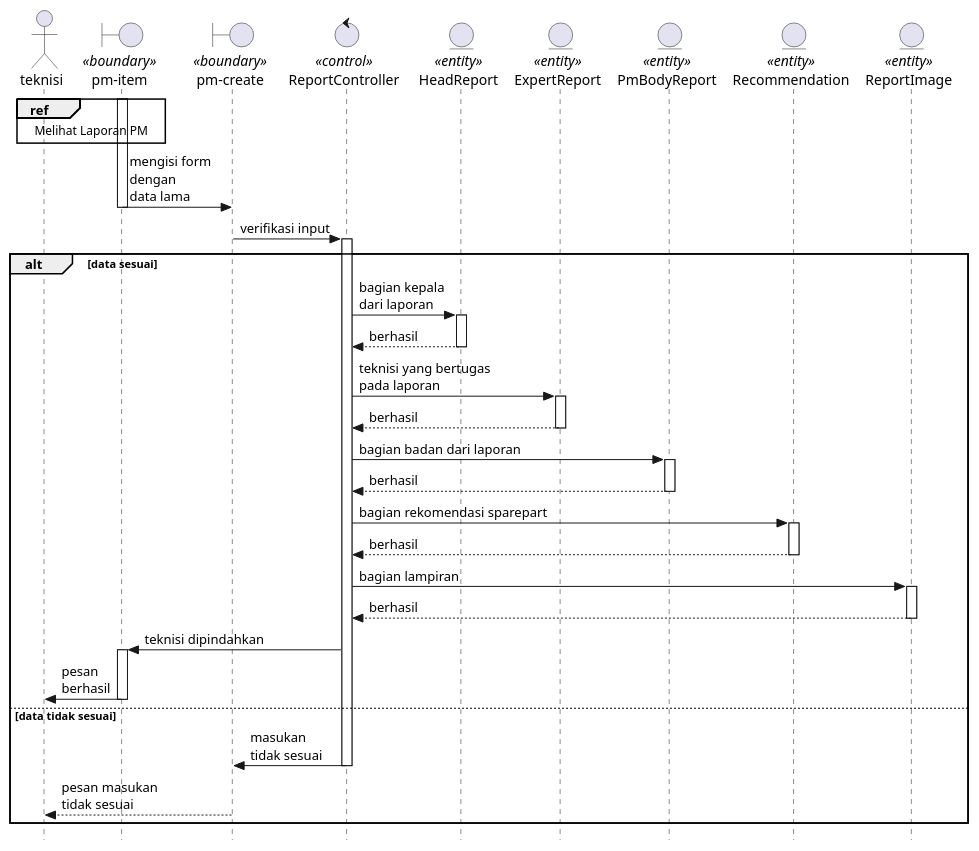
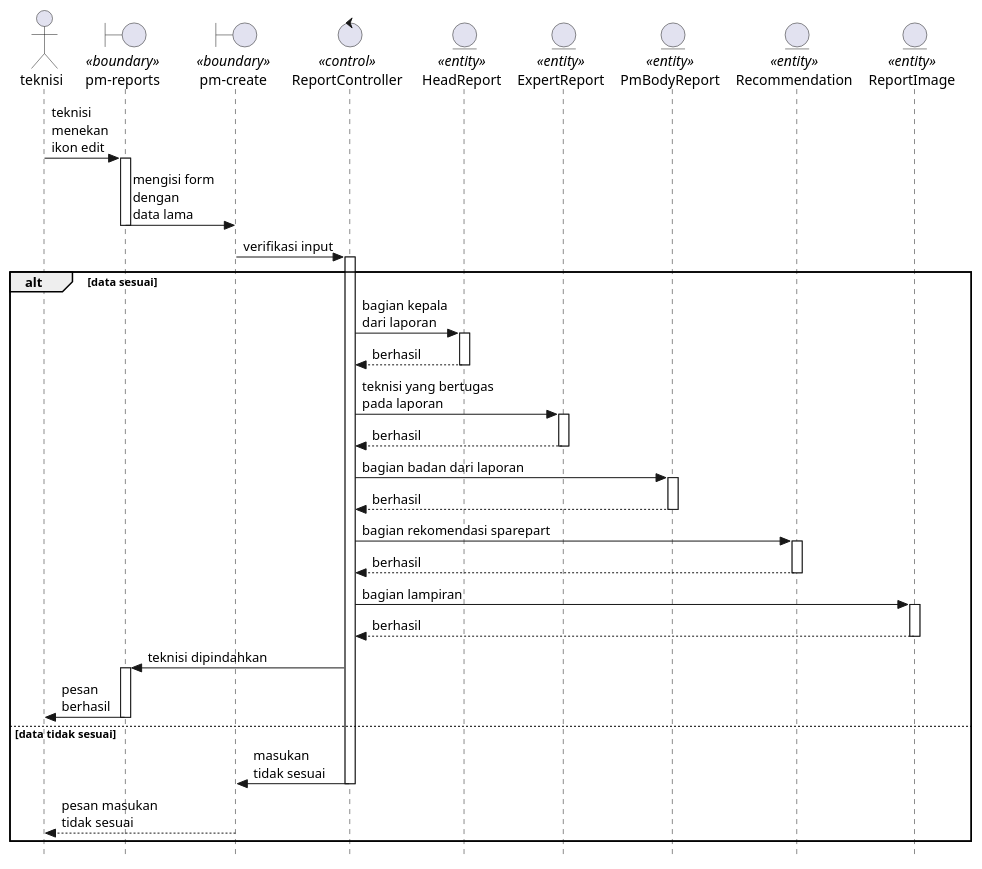
Before and after one commit to KPL-slur/eec-sifse-fixed: the third of 4 diagrams in Docs/diagrams/sequence/PmReport.plantuml, drawn with PlantUML. The commit also changed other lines of this file and 19 other files, not shown here.

```diff
--- a/Docs/diagrams/sequence/PmReport.plantuml
+++ b/Docs/diagrams/sequence/PmReport.plantuml
@@ -79,51 +77,50 @@
 @startuml editPM
 
 skinparam style strictuml
 
 actor teknisi
-boundary "pm-item" as pmItem <<boundary>>
+boundary "pm-reports" as pm <<boundary>>
 boundary "pm-create" as pmCreate <<boundary>>
 control ReportController <<control>>
 entity HeadReport <<entity>>
 entity ExpertReport <<entity>>
 entity PmBodyReport <<entity>>
 entity Recommendation <<entity>>
 entity ReportImage <<entity>>
 
-ref over teknisi, pmItem : Melihat Laporan PM
-
-activate pmItem
-pmItem -> pmCreate : mengisi form\ndengan\ndata lama
-    deactivate pmItem
+teknisi -> pm : teknisi\nmenekan\nikon edit
+    activate pm
+pm -> pmCreate : mengisi form\ndengan\ndata lama
+    deactivate pm
 pmCreate -> ReportController : verifikasi input
     activate ReportController
 
 alt data sesuai
     ReportController -> HeadReport : bagian kepala\ndari laporan
         activate HeadReport
         return berhasil
     ReportController -> ExpertReport : teknisi yang bertugas\npada laporan
         activate ExpertReport
         return berhasil
     ReportController -> PmBodyReport : bagian badan dari laporan
         activate PmBodyReport
         return berhasil
     ReportController -> Recommendation : bagian rekomendasi sparepart
         activate Recommendation
         return berhasil
     ReportController -> ReportImage : bagian lampiran
         activate ReportImage
         return berhasil
-    ReportController -> pmItem : teknisi dipindahkan
-        activate pmItem
-    pmItem -> teknisi : pesan\nberhasil
-        deactivate pmItem
+    ReportController -> pm : teknisi dipindahkan
+        activate pm
+    pm -> teknisi : pesan\nberhasil
+        deactivate pm
     
 else data tidak sesuai
     ReportController -> pmCreate : masukan\ntidak sesuai
         deactivate ReportController
     pmCreate --> teknisi : pesan masukan\ntidak sesuai
         deactivate pmCreate
 end
 
 @enduml
```
